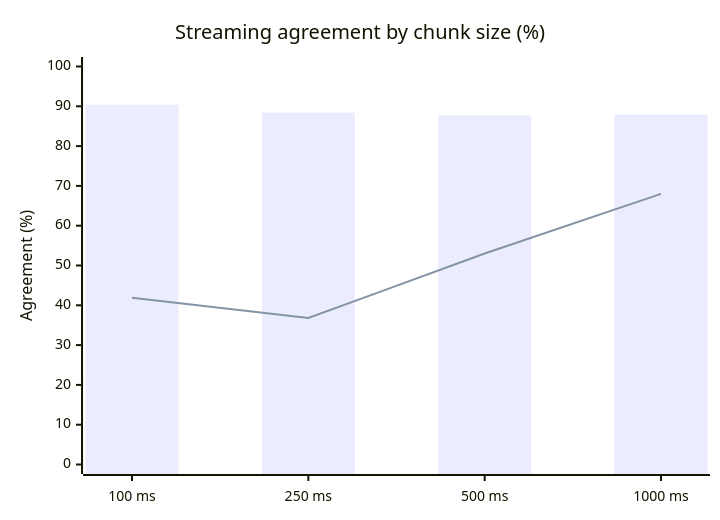
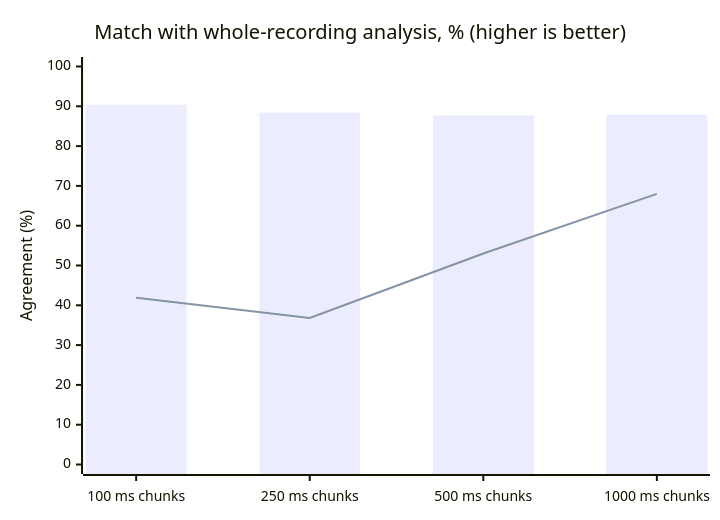
Before and after one commit to biolimbo/lip-sync-engine: the second of 3 diagrams in BENCHMARK.md, drawn with Mermaid. The commit also changed other lines of this file, not shown here.

Commit message:
docs: explain how to read each benchmark chart

````diff
--- a/BENCHMARK.md
+++ b/BENCHMARK.md
@@ -128,8 +130,8 @@
 ```mermaid
 xychart-beta
-    title "Streaming agreement by chunk size (%)"
-    x-axis ["100 ms", "250 ms", "500 ms", "1000 ms"]
+    title "Match with whole-recording analysis, % (higher is better)"
+    x-axis ["100 ms chunks", "250 ms chunks", "500 ms chunks", "1000 ms chunks"]
     y-axis "Agreement (%)" 0 --> 100
     bar [90.4, 88.4, 87.7, 87.9]
     line [41.9, 36.8, 53.0, 68.0]
 ```
````
